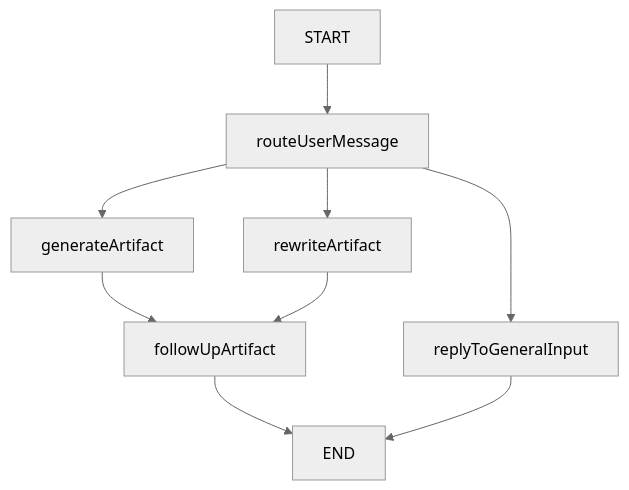
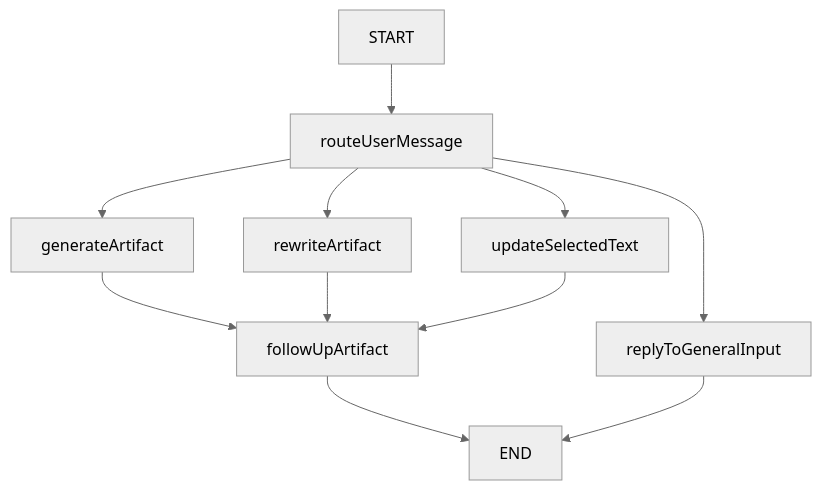
The diagram in README.md (michael-desmond/bee-canvas), drawn with Mermaid (neutral theme) before and after one commit.

````diff
--- a/README.md
+++ b/README.md
@@ -14,11 +14,13 @@
 ```mermaid
 flowchart TD
     A[START] --> routeUserMessage
     routeUserMessage --> generateArtifact
     routeUserMessage --> rewriteArtifact
+    routeUserMessage --> updateSelectedText
     routeUserMessage --> replyToGeneralInput
     generateArtifact --> followUpArtifact
     rewriteArtifact --> followUpArtifact
+    updateSelectedText --> followUpArtifact
     followUpArtifact --> END
     replyToGeneralInput --> END
 ```
````
